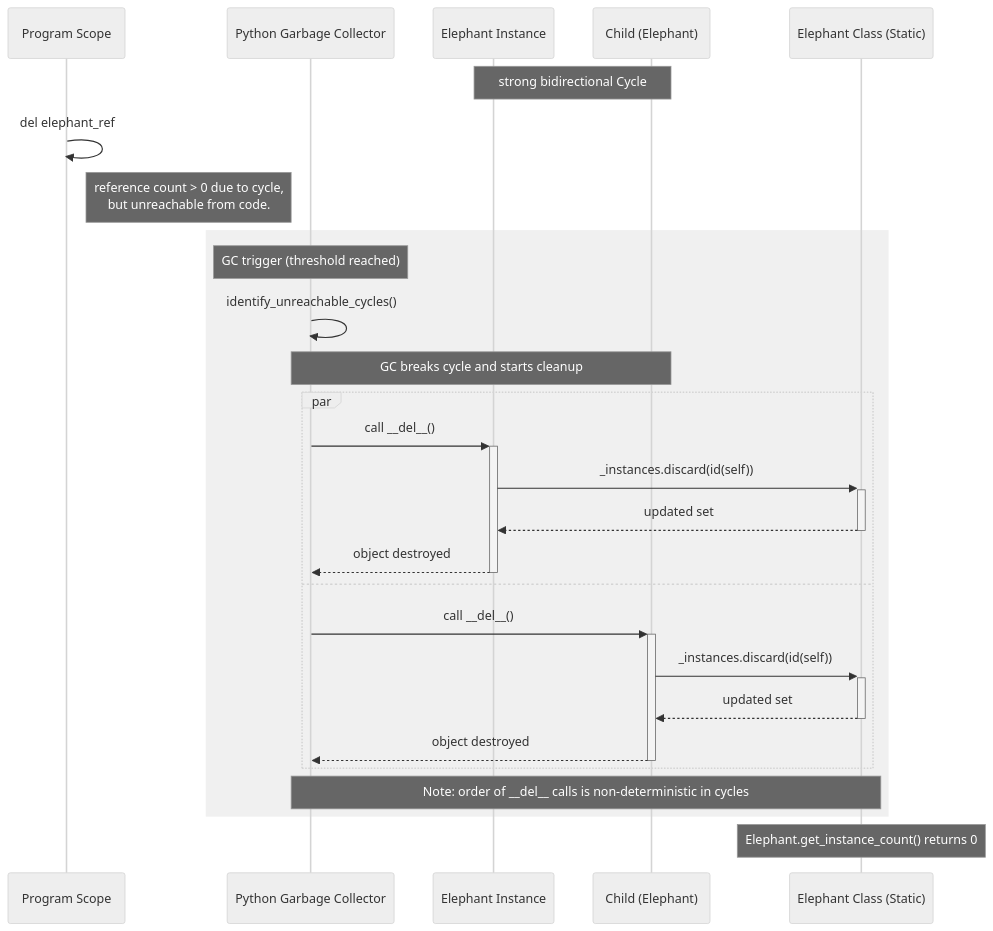
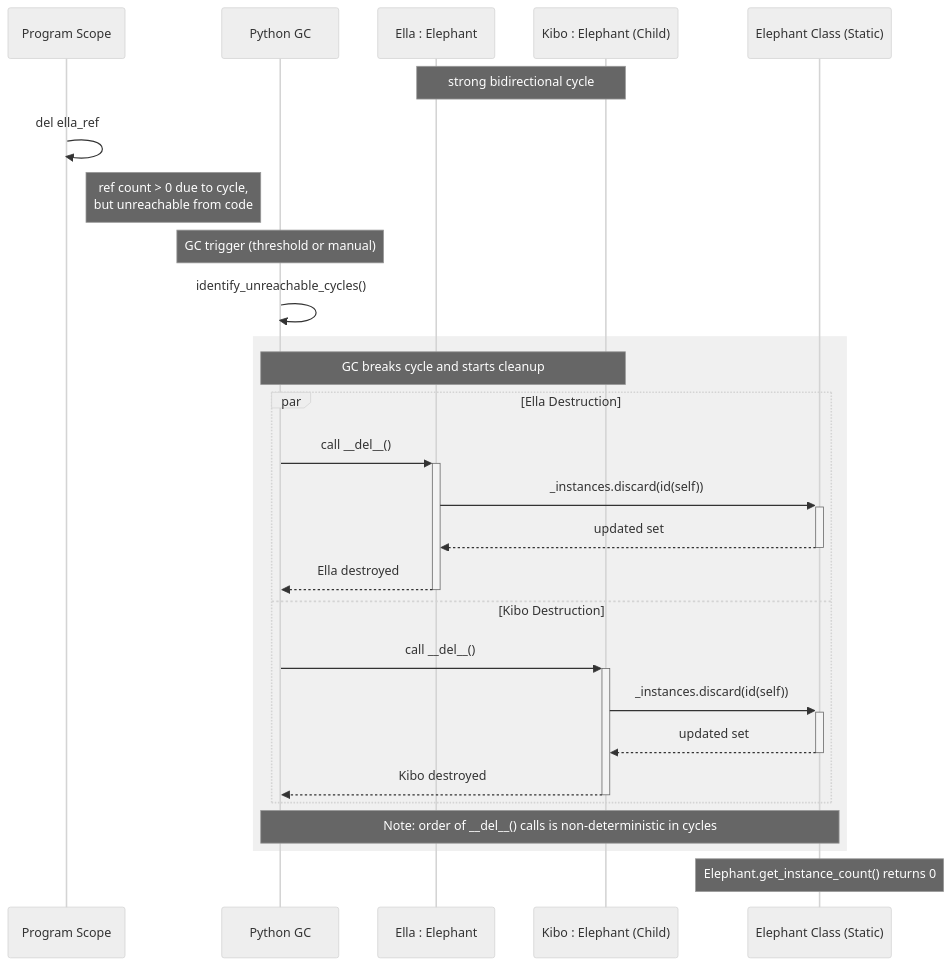
One commit to sebastianbichler/IU_2026_EF_LE_BER_VC_Python changed the third of 4 diagrams in src/student_projects/g07/docs/concept/diagrams/SequenceDiagrams.md. Above: the diagram before and after it, drawn with Mermaid (neutral theme). The commit also changed other lines of this file and 3 other files, not shown here.

Commit message:
updated diagrams

````diff
--- a/src/student_projects/g07/docs/concept/diagrams/SequenceDiagrams.md
+++ b/src/student_projects/g07/docs/concept/diagrams/SequenceDiagrams.md
@@ -67,39 +86,38 @@
 ```mermaid
-%% garbage collector
 sequenceDiagram
     participant P as Program Scope
-    participant GC as Python Garbage Collector
-    participant E as Elephant Instance
-    participant C as Child (Elephant)
+    participant GC as Python GC
+    participant E as Ella : Elephant
+    participant K as Kibo : Elephant (Child)
     participant CL as Elephant Class (Static)
     
-    Note over E, C: strong bidirectional Cycle
+    Note over E, K: strong bidirectional cycle
     
-    P ->> P: del elephant_ref
+    P ->> P: del ella_ref
     
-    Note right of P: reference count > 0 due to cycle,<br/>but unreachable from code.
-
+    Note right of P: ref count > 0 due to cycle,<br/>but unreachable from code
+    
+    Note over GC: GC trigger (threshold or manual)
+    
+    GC ->> GC: identify_unreachable_cycles()
+    
     rect rgb(240, 240, 240)
-        Note over GC: GC trigger (threshold reached)
+        Note over GC, K: GC breaks cycle and starts cleanup
         
-        GC ->> GC: identify_unreachable_cycles()
-        
-        Note over GC, C: GC breaks cycle and starts cleanup
-        
-        par
+        par Ella Destruction
             GC ->>+  E  : call __del__()
             E  ->>+  CL : _instances.discard(id(self))
             CL -->>- E  : updated set
-            E  -->>- GC : object destroyed
-        and
-            GC ->>+  C  : call __del__()
-            C  ->>+  CL : _instances.discard(id(self))
-            CL -->>- C  : updated set
-            C  -->>- GC : object destroyed
+            E  -->>- GC : Ella destroyed
+        and Kibo Destruction
+            GC ->>+  K  : call __del__()
+            K  ->>+  CL : _instances.discard(id(self))
+            CL -->>- K  : updated set
+            K  -->>- GC : Kibo destroyed
         end
         
-        Note over GC, CL: Note: order of __del__ calls is non-deterministic in cycles
+        Note over GC, CL: Note: order of __del__() calls is non-deterministic in cycles
     end
 
     Note over CL: Elephant.get_instance_count() returns 0
 ```
````
